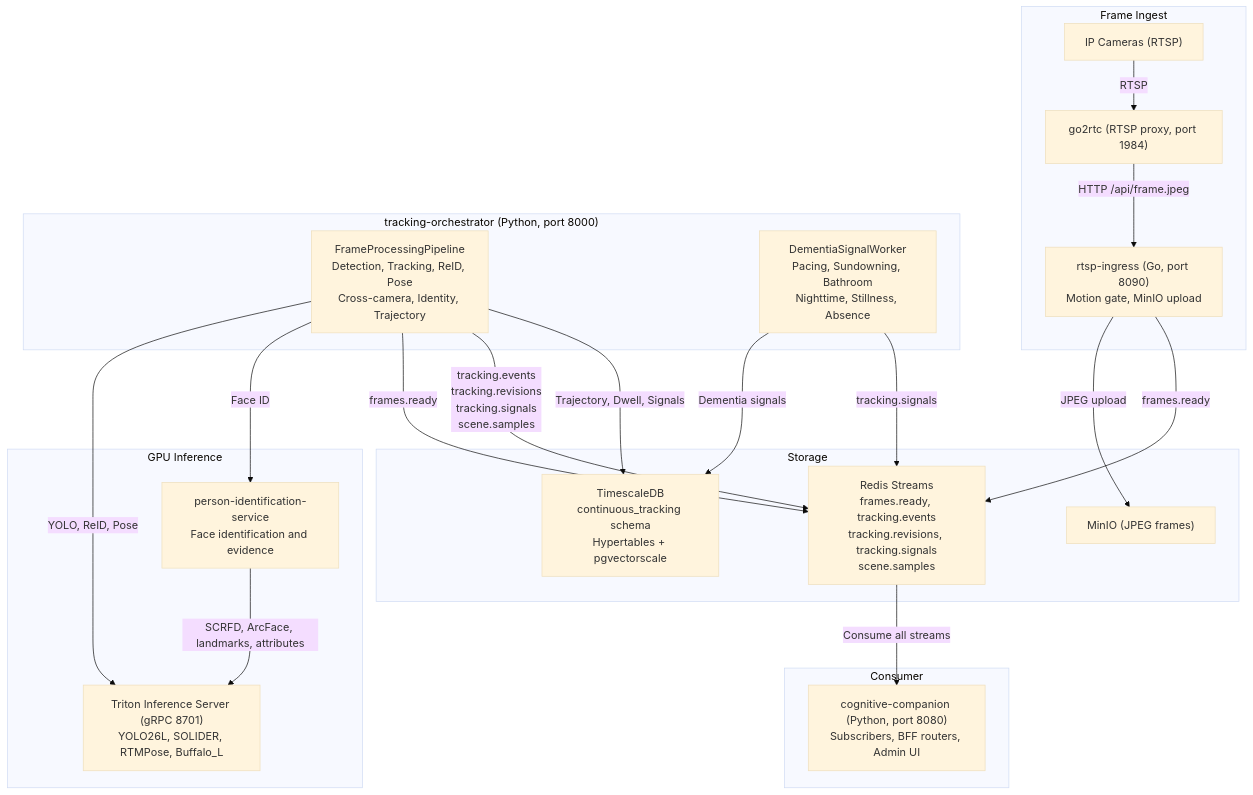
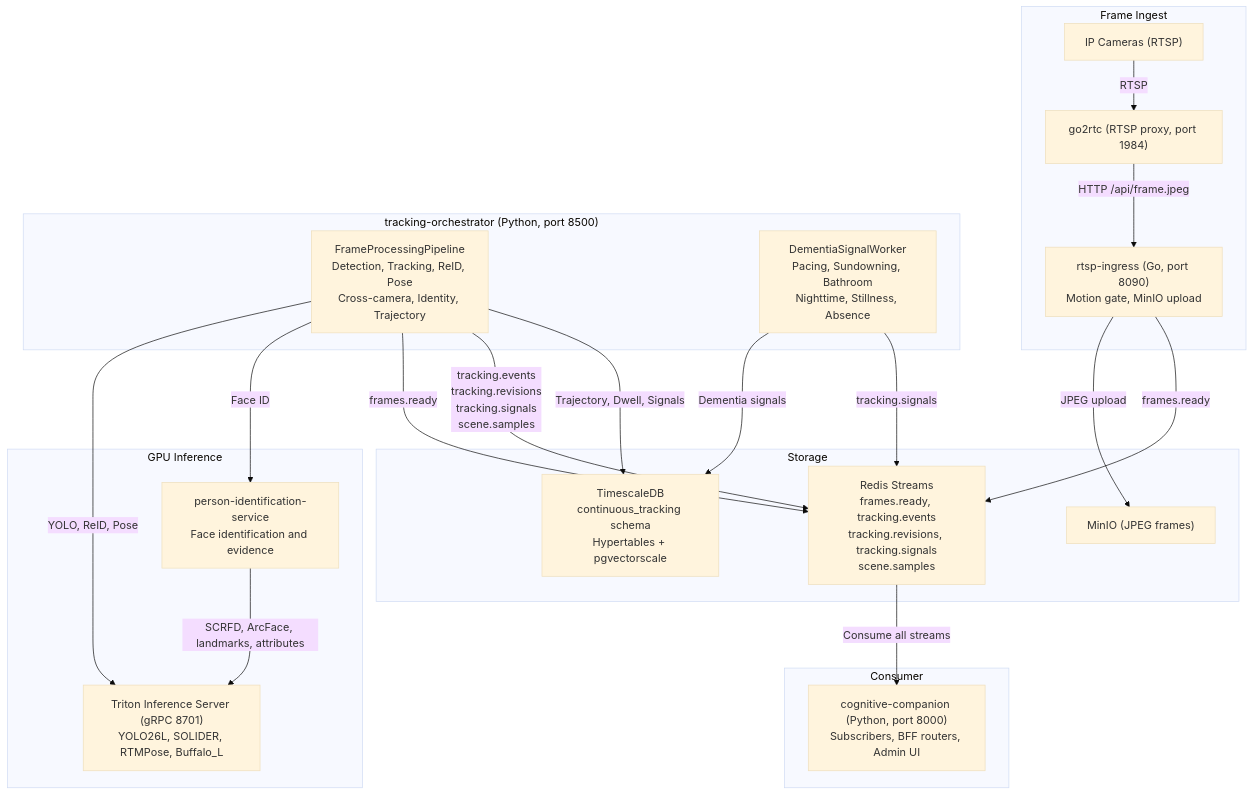
The diagram in docs/features/continuous-tracking.md (SilverMind-Project/SilverMind-Project.github.io), drawn with Mermaid (base theme) before and after one commit. The commit also changed other lines of this file and 12 other files, not shown here.

Commit message:
Milestone 00: Program Architecture, Standards, and Baseline

````diff
--- a/docs/features/continuous-tracking.md
+++ b/docs/features/continuous-tracking.md
@@ -26,45 +26,45 @@
 ```mermaid
 flowchart TB
     subgraph Ingest["Frame Ingest"]
         Cameras["IP Cameras (RTSP)"]
         Go2RTC["go2rtc (RTSP proxy, port 1984)"]
         Ingress["rtsp-ingress (Go, port 8090)\nMotion gate, MinIO upload"]
     end
 
     subgraph Inference["GPU Inference"]
         Triton["Triton Inference Server (gRPC 8701)\nYOLO26L, SOLIDER, RTMPose, Buffalo_L"]
         PersonID["person-identification-service\nFace identification and evidence"]
     end
 
-    subgraph Orchestrator["tracking-orchestrator (Python, port 8000)"]
+    subgraph Orchestrator["tracking-orchestrator (Python, port 8500)"]
         Pipeline["FrameProcessingPipeline\nDetection, Tracking, ReID, Pose\nCross-camera, Identity, Trajectory"]
         Signals["DementiaSignalWorker\nPacing, Sundowning, Bathroom\nNighttime, Stillness, Absence"]
     end
 
     subgraph Storage["Storage"]
         TimescaleDB["TimescaleDB\ncontinuous_tracking schema\nHypertables + pgvectorscale"]
         MinIO["MinIO (JPEG frames)"]
         Redis["Redis Streams\nframes.ready, tracking.events\ntracking.revisions, tracking.signals\nscene.samples"]
     end
 
     subgraph Consumer["Consumer"]
-        CC["cognitive-companion (Python, port 8080)\nSubscribers, BFF routers, Admin UI"]
+        CC["cognitive-companion (Python, port 8000)\nSubscribers, BFF routers, Admin UI"]
     end
 
     Cameras -->|"RTSP"| Go2RTC
     Go2RTC -->|"HTTP /api/frame.jpeg"| Ingress
     Ingress -->|"JPEG upload"| MinIO
     Ingress -->|"frames.ready"| Redis
 
     Pipeline -->|"YOLO, ReID, Pose"| Triton
     Pipeline -->|"Face ID"| PersonID
     PersonID -->|"SCRFD, ArcFace, landmarks, attributes"| Triton
     Pipeline -->|"frames.ready"| Redis
     Pipeline -->|"tracking.events\ntracking.revisions\ntracking.signals\nscene.samples"| Redis
     Pipeline -->|"Trajectory, Dwell, Signals"| TimescaleDB
 
     Signals -->|"Dementia signals"| TimescaleDB
     Signals -->|"tracking.signals"| Redis
 
     Redis -->|"Consume all streams"| CC
 ```
````
